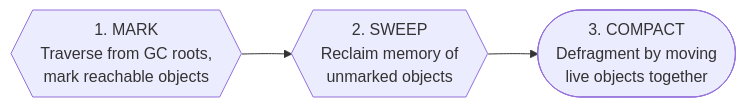
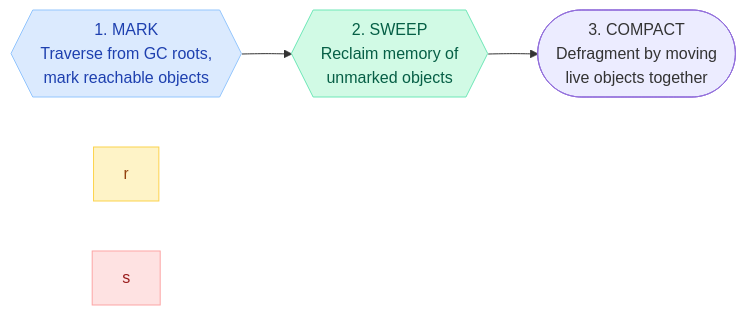
One commit to saivamsikaruturi/vamsilabs-dev-notes-main changed the second of 3 diagrams in docs/java/GarbageCollection.md. Above: the diagram before and after it, drawn with Mermaid. The commit also changed other lines of this file and 220 other files, not shown here.

First line of the commit message:
Add 50+ new Java/Spring Boot pages, rewrite CSS code blocks to Oracle style, fix all diagram colors

````diff
--- a/docs/java/GarbageCollection.md
+++ b/docs/java/GarbageCollection.md
@@ -127,5 +133,10 @@
 ```mermaid
 flowchart LR
     A{{"1. MARK<br/>Traverse from GC roots,<br/>mark reachable objects"}} --> B{{"2. SWEEP<br/>Reclaim memory of<br/>unmarked objects"}}
     B --> C(["3. COMPACT<br/>Defragment by moving<br/>live objects together"])
+
+    style A fill:#DBEAFE,stroke:#93C5FD,color:#1E40AF
+    style B fill:#D1FAE5,stroke:#6EE7B7,color:#065F46
+    style r fill:#FEF3C7,stroke:#FCD34D,color:#92400E
+    style s fill:#FEE2E2,stroke:#FCA5A5,color:#991B1B
 ```
````
